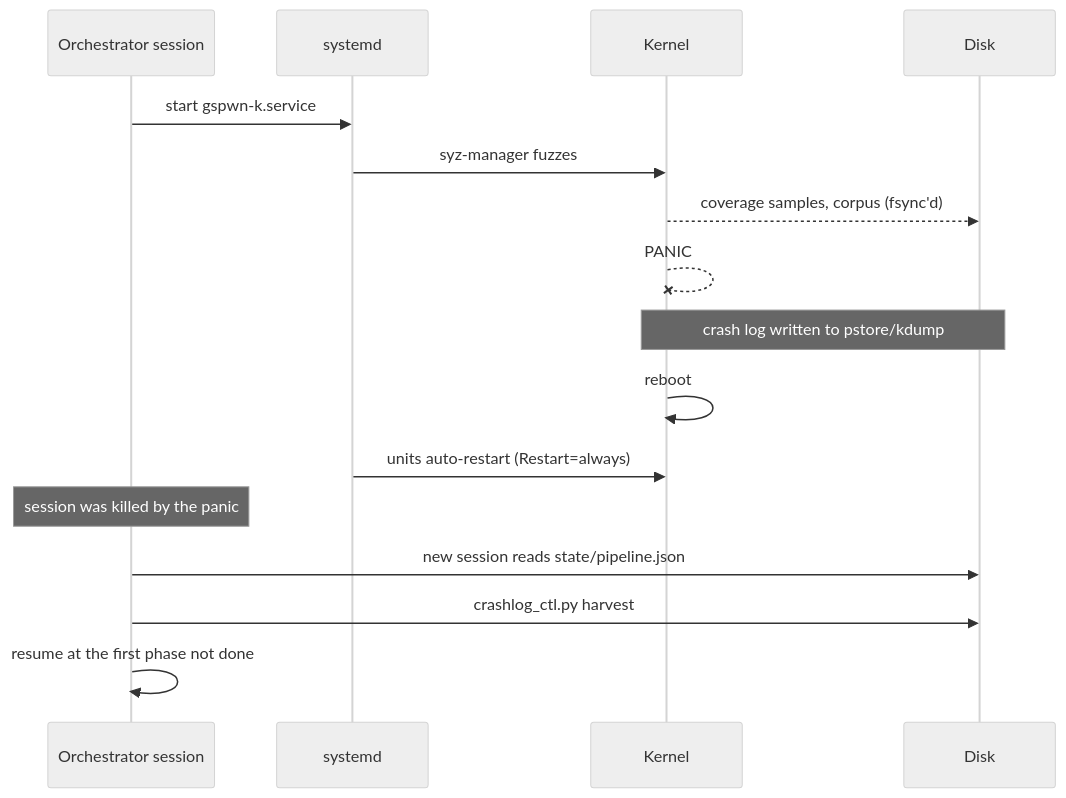
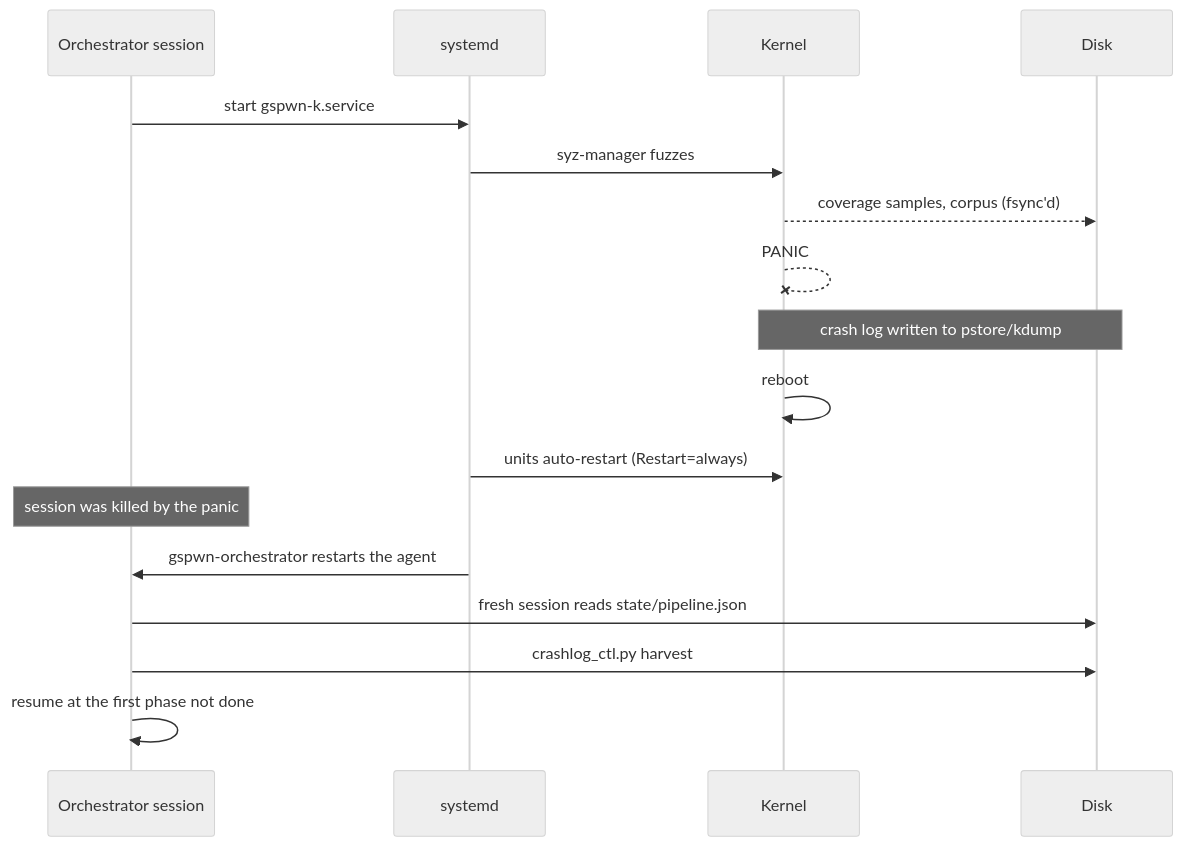
The fifth of 5 diagrams in README.md (Indspl0it/gspwn), drawn with Mermaid (neutral theme) before and after one commit. The commit also changed other lines of this file and 6 other files, not shown here.

````diff
--- a/README.md
+++ b/README.md
@@ -314,19 +314,20 @@
 ```mermaid
 sequenceDiagram
     participant A as Orchestrator session
     participant S as systemd
     participant K as Kernel
     participant D as Disk
 
     A->>S: start gspwn-k.service
     S->>K: syz-manager fuzzes
     K-->>D: coverage samples, corpus (fsync'd)
     K--xK: PANIC
     Note over K,D: crash log written to pstore/kdump
     K->>K: reboot
     S->>K: units auto-restart (Restart=always)
     Note over A: session was killed by the panic
-    A->>D: new session reads state/pipeline.json
+    S->>A: gspwn-orchestrator restarts the agent
+    A->>D: fresh session reads state/pipeline.json
     A->>D: crashlog_ctl.py harvest
     A->>A: resume at the first phase not done
 ```
````
